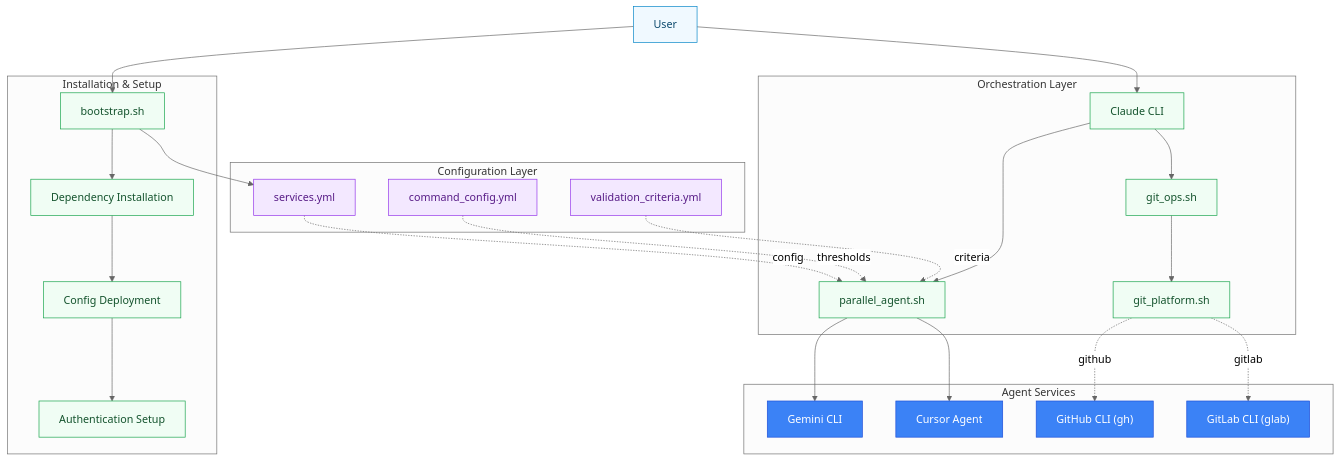
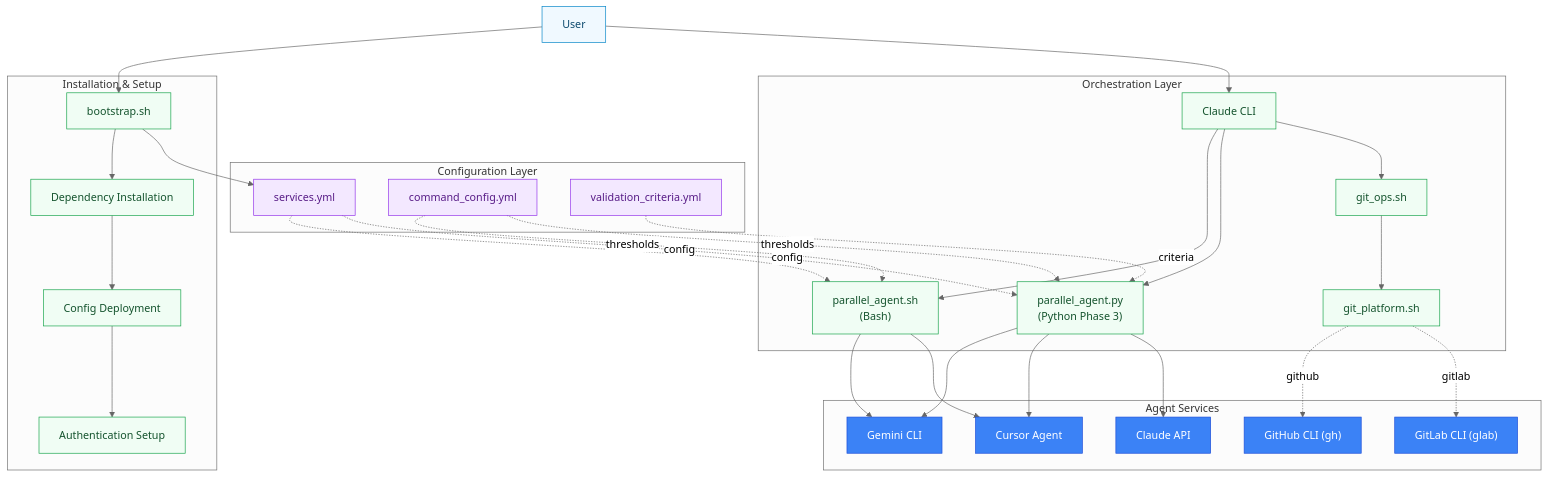
The first of 11 diagrams in docs/ARCHITECTURE_DIAGRAMS.md (RB-chrismandich/Manifest), drawn with Mermaid before and after one commit. The commit also changed other lines of this file and 83 other files, not shown here.

````diff
--- a/docs/ARCHITECTURE_DIAGRAMS.md
+++ b/docs/ARCHITECTURE_DIAGRAMS.md
@@ -29,55 +30,63 @@
 ```mermaid
 %%{init: {'theme':'neutral'}}%%
 flowchart TB
     classDef input fill:#f0f9ff,stroke:#0284c7,color:#0c4a6e
     classDef process fill:#f0fdf4,stroke:#16a34a,color:#14532d
     classDef output fill:#fef3c7,stroke:#d97706,color:#78350f
     classDef config fill:#f3e8ff,stroke:#9333ea,color:#581c87
     classDef external fill:#3b82f6,stroke:#1d4ed8,color:#fff
 
     USER["User"]:::input
     BOOTSTRAP["bootstrap.sh"]:::process
     CLAUDE_CLI["Claude CLI"]:::process
 
     subgraph "Installation & Setup"
         BOOTSTRAP
         INSTALL["Dependency Installation"]:::process
         DEPLOY["Config Deployment"]:::process
         AUTH["Authentication Setup"]:::process
         BOOTSTRAP --> INSTALL --> DEPLOY --> AUTH
     end
 
     subgraph "Configuration Layer"
         SERVICES["services.yml"]:::config
         COMMAND_CFG["command_config.yml"]:::config
         VALIDATION_CFG["validation_criteria.yml"]:::config
     end
 
     subgraph "Orchestration Layer"
         CLAUDE_CLI
-        PARALLEL["parallel_agent.sh"]:::process
+        PARALLEL_BASH["parallel_agent.sh<br/>(Bash)"]:::process
+        PARALLEL_PY["parallel_agent.py<br/>(Python Phase 3)"]:::process
         GIT_PLATFORM["git_platform.sh"]:::process
         GIT_OPS["git_ops.sh"]:::process
     end
 
     subgraph "Agent Services"
         GEMINI["Gemini CLI"]:::external
         CURSOR["Cursor Agent"]:::external
+        CLAUDE_API["Claude API"]:::external
         GH["GitHub CLI (gh)"]:::external
         GLAB["GitLab CLI (glab)"]:::external
     end
 
     USER --> BOOTSTRAP
     BOOTSTRAP --> SERVICES
     USER --> CLAUDE_CLI
-    CLAUDE_CLI --> PARALLEL
+    CLAUDE_CLI --> PARALLEL_BASH
+    CLAUDE_CLI --> PARALLEL_PY
     CLAUDE_CLI --> GIT_OPS
     GIT_OPS --> GIT_PLATFORM
     GIT_PLATFORM -.->|github| GH
     GIT_PLATFORM -.->|gitlab| GLAB
-    PARALLEL --> GEMINI
-    PARALLEL --> CURSOR
-    SERVICES -.->|config| PARALLEL
-    COMMAND_CFG -.->|thresholds| PARALLEL
-    VALIDATION_CFG -.->|criteria| PARALLEL
+    PARALLEL_BASH --> GEMINI
+    PARALLEL_BASH --> CURSOR
+    PARALLEL_PY --> GEMINI
+    PARALLEL_PY --> CURSOR
+    PARALLEL_PY --> CLAUDE_API
+    SERVICES -.->|config| PARALLEL_BASH
+    SERVICES -.->|config| PARALLEL_PY
+    COMMAND_CFG -.->|thresholds| PARALLEL_BASH
+    COMMAND_CFG -.->|thresholds| PARALLEL_PY
+    VALIDATION_CFG -.->|criteria| PARALLEL_PY
 ```
````
